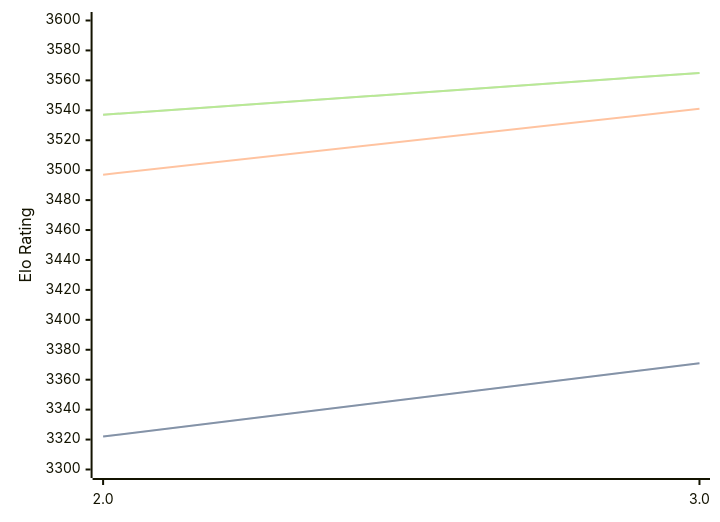
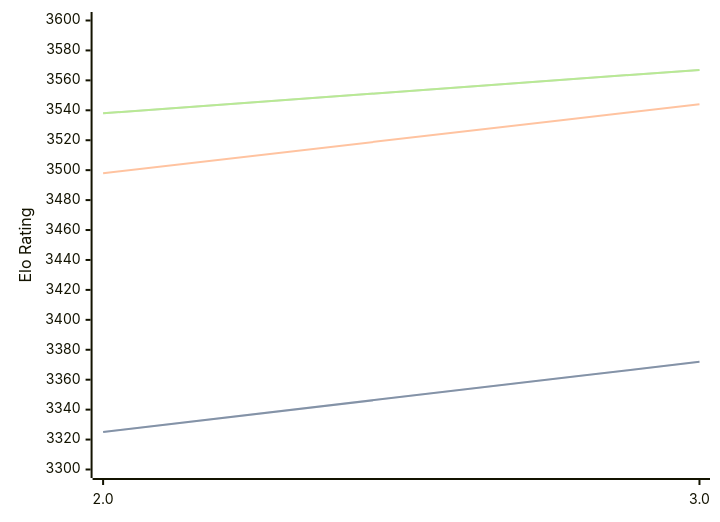
One commit to computer-chess-index/cci changed the diagram in engines/Quanticade.md. Above: the diagram before and after it, drawn with Mermaid. The commit also changed other lines of this file, not shown here.

Commit message:
Update CCI Ratings (ELO VLTC) - 2026-04-11

````diff
--- a/engines/Quanticade.md
+++ b/engines/Quanticade.md
@@ -41,11 +41,11 @@
 ```mermaid
 %%{init: {"theme":"base","themeVariables":{"seriesColors:['#a3a3a3','#222221','#faa371']}}}%%
 xychart-beta
   x-axis ["2.0", "3.0"]
   y-axis "Elo Rating" 3300 --> 3600
-  line "STC (8.0+0.08s)" [3322, 3371]
-  line "STC (8.0+0.08s)" [3322, 3371]
-  line "LTC (60.0+0.60s)" [3497, 3541]
-  line "VLTC (2m24s+1.12s)" [3537, 3565]
-  line "VLTC (2m24s+1.12s)" [3537, 3565]
+  line "STC (8.0+0.08s)" [3325, 3372]
+  line "STC (8.0+0.08s)" [3325, 3372]
+  line "LTC (60.0+0.60s)" [3498, 3544]
+  line "VLTC (2m24s+1.12s)" [3538, 3567]
+  line "VLTC (2m24s+1.12s)" [3538, 3567]
 ```
````
